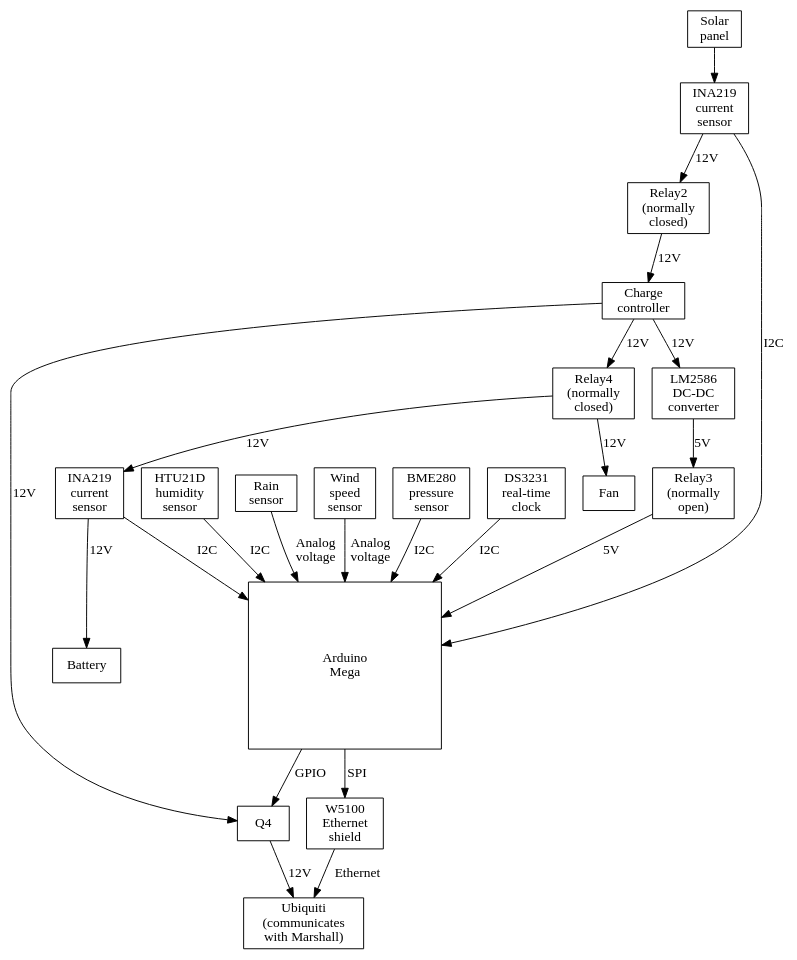
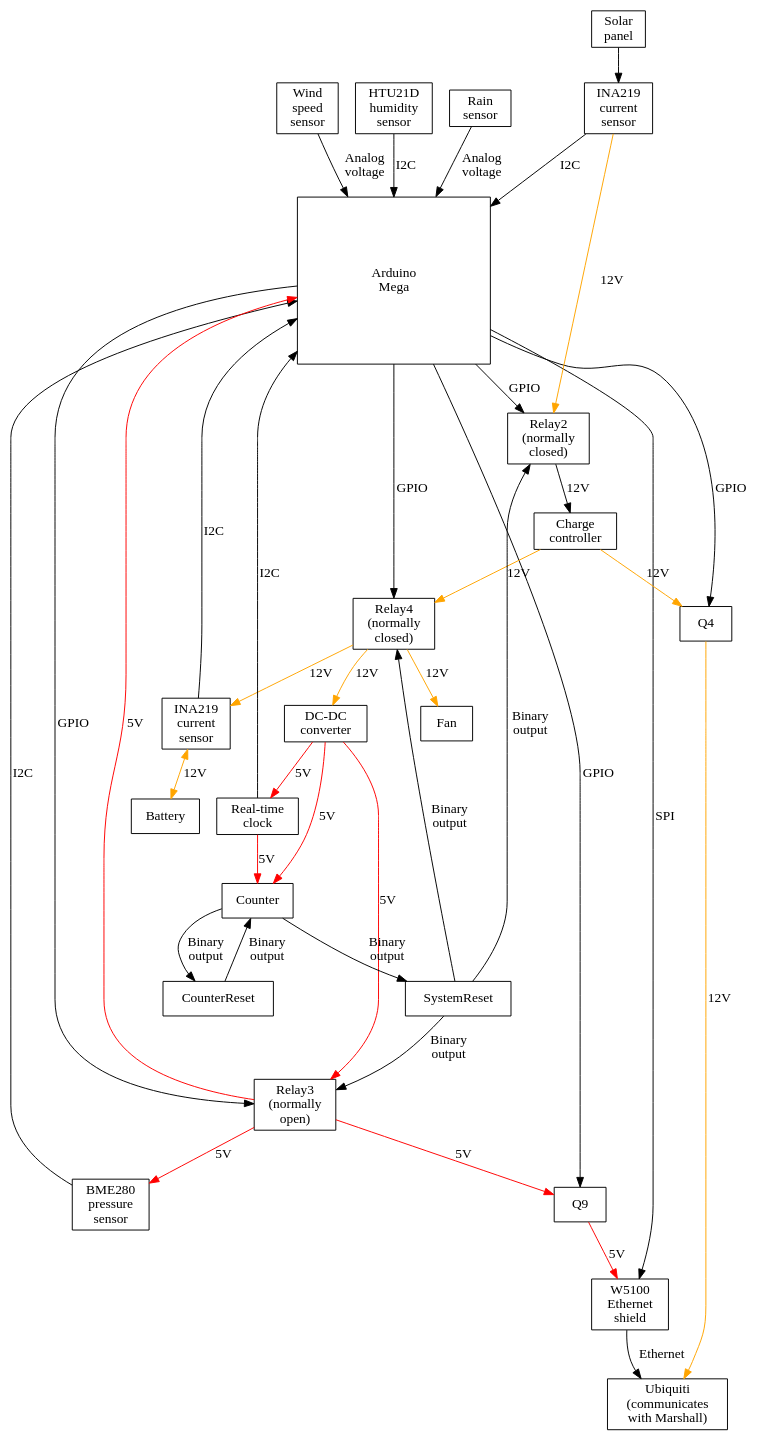
The diagram in docs/system_diagram.gv (crestlinesoaring/ArduinoWeatherStation), drawn with Graphviz before and after one commit.

Commit message:
Added corrections from discussion with Jimmy

```diff
--- a/docs/system_diagram.gv
+++ b/docs/system_diagram.gv
@@ -1,47 +1,63 @@
 // To generate the visualization, visit http://www.webgraphviz.com/
 // Paste all of the text below into the text box and click Generate Graph!
 
 digraph G {
   node [shape=box];
 
   Arduino [label="Arduino\nMega",margin=1];
   BME280 [label="BME280\npressure\nsensor"];
   ChargeController [label="Charge\ncontroller"];
-  DS3231 [label="DS3231\nreal-time\nclock"];
   HTU21D [label="HTU21D\nhumidity\nsensor"];
   INA219_1 [label="INA219\ncurrent\nsensor"];
   INA219_2 [label="INA219\ncurrent\nsensor"];
-  LM2596 [label="LM2586\nDC-DC\nconverter"];
+  DCDCConverter [label="DC-DC\nconverter"];
   Q4;
   Rain [label="Rain\nsensor"];
   Relay2 [label="Relay2\n(normally\nclosed)"];
   Relay3 [label="Relay3\n(normally\nopen)"];
   Relay4 [label="Relay4\n(normally\nclosed)"];
+  RTC [label="Real-time\nclock"];
   SolarPanel [label="Solar\npanel"];
   Ubiquiti [label="Ubiquiti\n(communicates\nwith Marshall)"];
   W5100 [label="W5100\nEthernet\nshield"];
   Windspeed [label="Wind\nspeed\nsensor"];
 
   Arduino -> Q4 [label="GPIO"];
   Arduino -> W5100 [label="SPI"];
+  Arduino -> Q9 [label="GPIO"];
+  Arduino -> Relay2 [label="GPIO"];
+  Arduino -> Relay3 [label="GPIO"];
+  Arduino -> Relay4 [label="GPIO"];
   BME280 -> Arduino [label="I2C"];
-  ChargeController -> LM2596 [label="12V"];
-  ChargeController -> Q4 [label="12V"];
-  ChargeController -> Relay4 [label="12V"];
-  DS3231 -> Arduino [label="I2C"];
+  Relay4 -> DCDCConverter [label="12V",color=orange];
+  ChargeController -> Q4 [label="12V",color=orange];
+  ChargeController -> Relay4 [label="12V",color=orange];
+  Counter -> CounterReset [label="Binary\noutput"];
+  Counter -> SystemReset [label="Binary\noutput"];
+  CounterReset -> Counter [label="Binary\noutput"];
+  RTC -> Counter [label="5V",color=red];
+  DCDCConverter -> Counter [label="5V",color=red];
+  DCDCConverter -> RTC [label="5V",color=red];
+  RTC -> Arduino [label="I2C"];
   HTU21D -> Arduino [label="I2C"];
   INA219_1 -> Arduino [label="I2C"];
-  INA219_1 -> Relay2 [label="12V"];
+  INA219_1 -> Relay2 [label="12V",color=orange];
   INA219_2 -> Arduino [label="I2C"];
-  INA219_2 -> Battery [label="12V"];
-  LM2596 -> Relay3 [label="5V"];
-  Q4 -> Ubiquiti [label="12V"];
+  INA219_2 -> Battery [label="12V",dir=both,color=orange];
+  DCDCConverter -> Relay3 [label="5V",color=red];
+  Q4 -> Ubiquiti [label="12V",color=orange];
+  Q9 -> W5100 [label="5V",color=red];
   Rain -> Arduino [label="Analog\nvoltage"];
   Relay2 -> ChargeController [label="12V"];
-  Relay3 -> Arduino [label="5V"];
-  Relay4 -> Fan [label="12V"];
-  Relay4 -> INA219_2 [label="12V"];
+  Relay3 -> Arduino [label="5V",color=red];
+  Relay3 -> Q9 [label="5V",color=red];
+  Relay3 -> BME280 [label="5V",color=red];
+  Relay4 -> Fan [label="12V",color=orange];
+  Relay4 -> INA219_2 [label="12V",color=orange];
   SolarPanel -> INA219_1;
+  SystemReset -> Relay2 [label="Binary\noutput"];
+  SystemReset -> Relay3 [label="Binary\noutput"];
+  SystemReset -> Relay4 [label="Binary\noutput"];
   W5100 -> Ubiquiti [label="Ethernet"];
   Windspeed -> Arduino [label="Analog\nvoltage"];
 }
```
